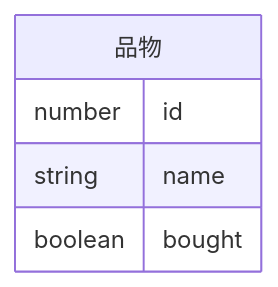
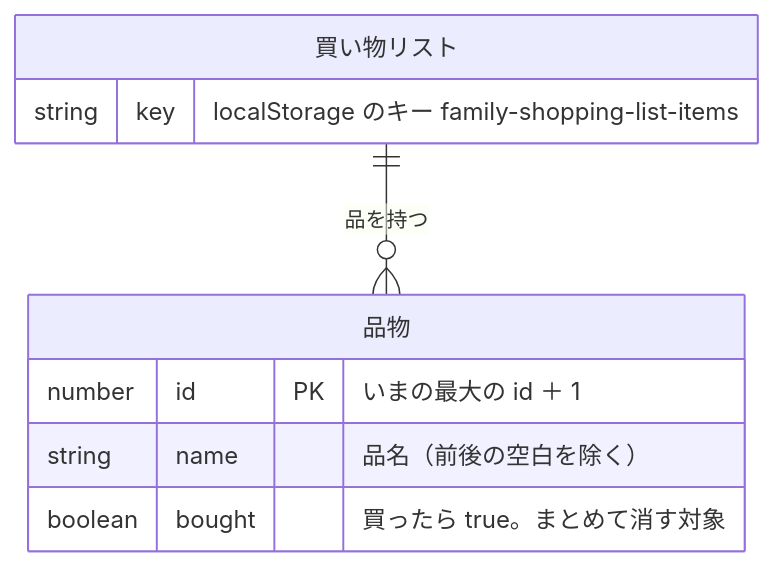
The third of 3 diagrams in docs/specs/買った品をまとめて消す/設計書.md (rojoudotcom/family-shopping-list-demo), drawn with Mermaid before and after one commit. The commit also changed other lines of this file and 2 other files, not shown here.

First line of the commit message:
設計書の図を、ユースケース図と ERD らしい形にする（2026-10-26 オーナー指摘） (#42)

````diff
--- a/docs/specs/買った品をまとめて消す/設計書.md
+++ b/docs/specs/買った品をまとめて消す/設計書.md
@@ -65,8 +78,12 @@
 ```mermaid
 erDiagram
+  買い物リスト ||--o{ 品物 : "品を持つ"
+  買い物リスト {
+    string key "localStorage のキー family-shopping-list-items"
+  }
   品物 {
-    number id
-    string name
-    boolean bought
+    number id PK "いまの最大の id ＋ 1"
+    string name "品名（前後の空白を除く）"
+    boolean bought "買ったら true。まとめて消す対象"
   }
 ```
````
